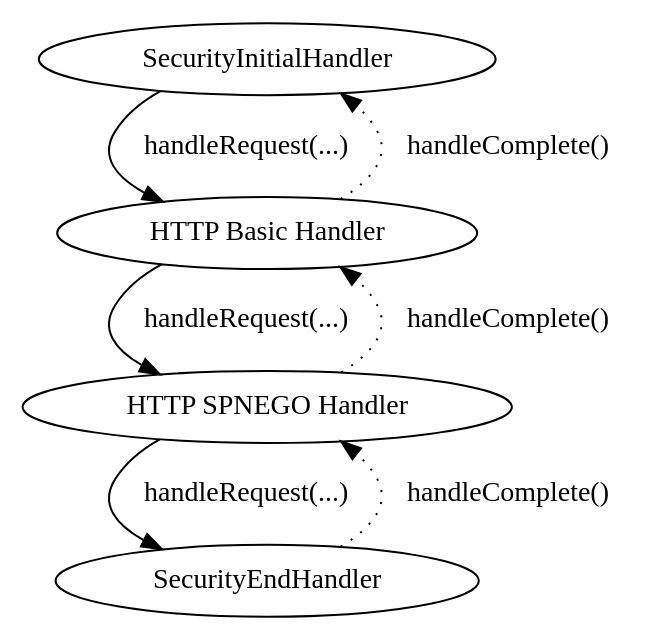
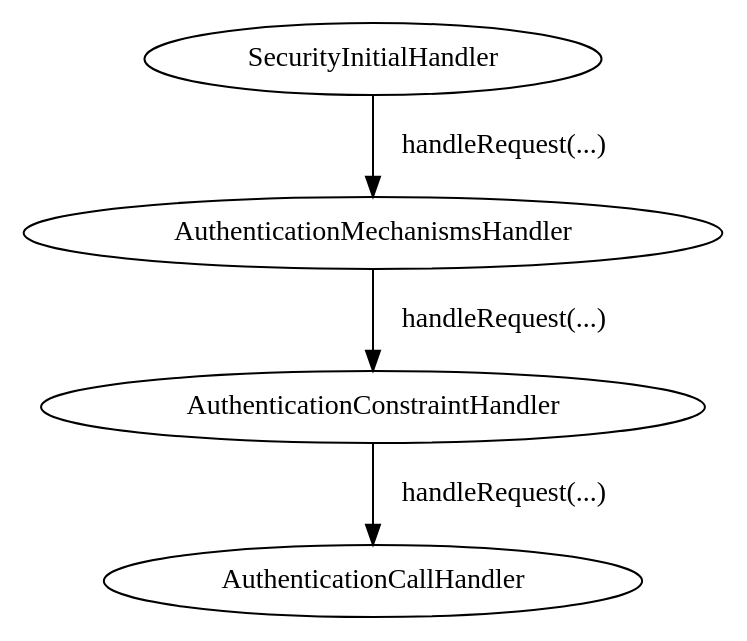
One commit to undertow-io/undertow-docs changed the diagram in images/security_handlers.dot. Above: the diagram before and after it, drawn with Graphviz. The commit also changed 4 other files, not shown here.

Commit message:
Reworked the security section of the doc to mark the change to AuthenticationMechanisms instead of pure handlers.

```diff
--- a/images/security_handlers.dot
+++ b/images/security_handlers.dot
@@ -1,14 +1,11 @@
 digraph security_handlers {
     initial[label="SecurityInitialHandler"];
-    basic[label="HTTP Basic Handler"];
-    spnego[label="HTTP SPNEGO Handler"];
-    end[label="SecurityEndHandler"];
+    mechs[label="AuthenticationMechanismsHandler"];
+    const[label="AuthenticationConstraintHandler"];
+    call[label="AuthenticationCallHandler"];
 
-    initial->basic [label="handleRequest(...)"];
-    basic->spnego [label="handleRequest(...)"];
-    spnego->end [label="handleRequest(...)"];
 
-    end->spnego [style=dotted,label="handleComplete()"];
-    spnego->basic [style=dotted,label="handleComplete()"];
-    basic->initial [style=dotted,label="handleComplete()"];
+    initial->mechs [label="handleRequest(...)"];
+    mechs->const [label="handleRequest(...)"];
+    const->call [label="handleRequest(...)"];
 }
```
